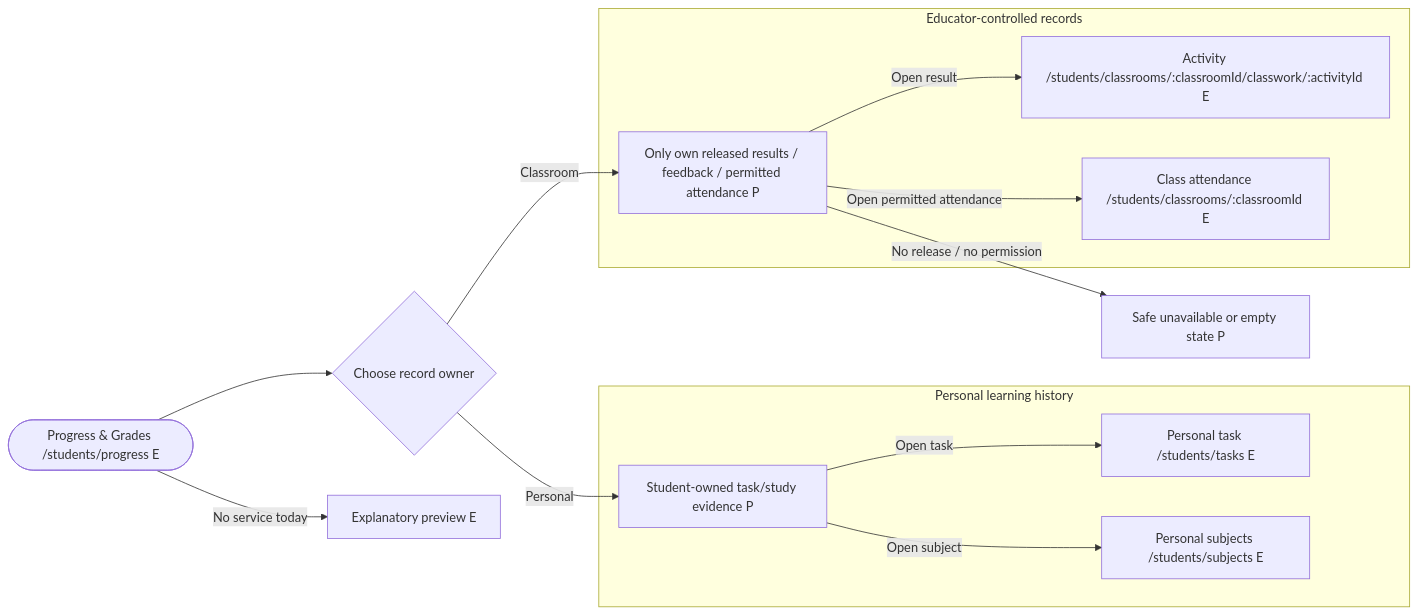
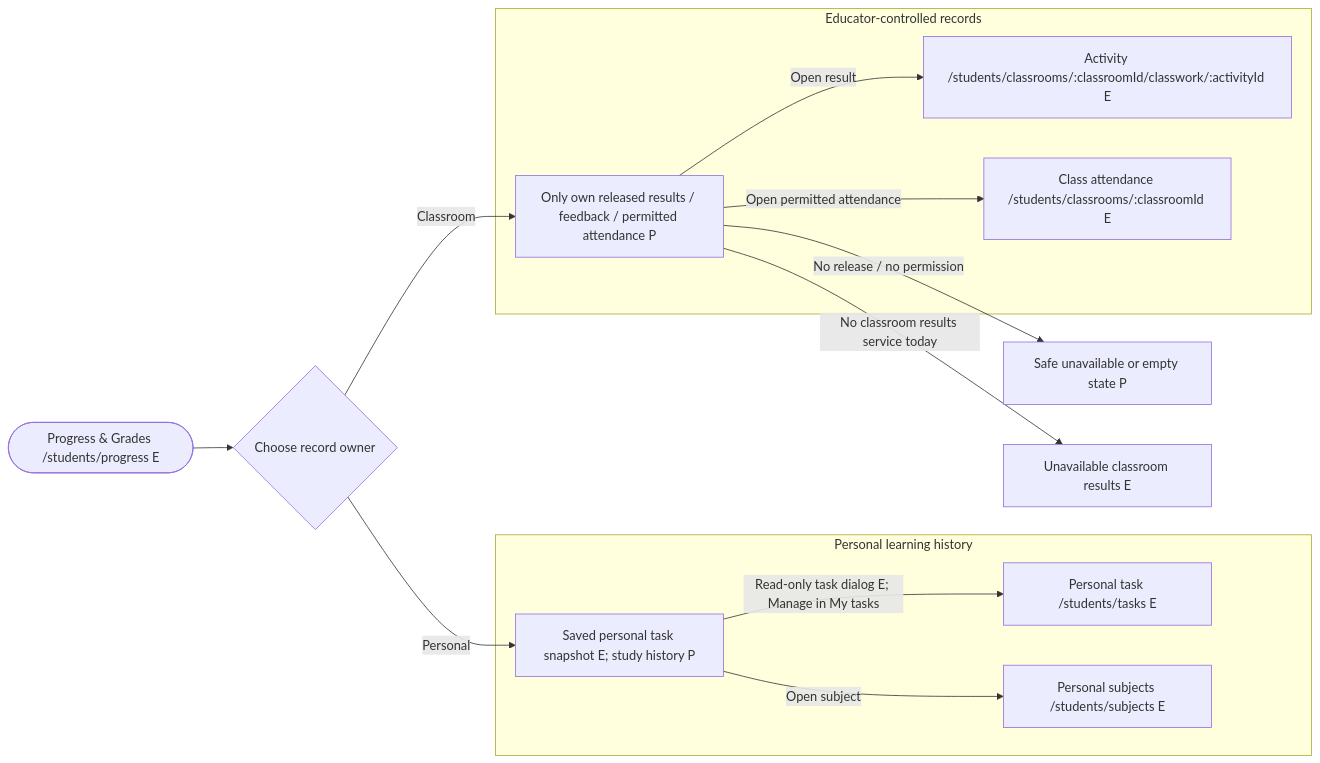
Before and after one commit to devCarlJoseph/owlio-app: diagram 11 of 14 in OWLIO_STUDENT__WORKFLOW_PLAN.md, drawn with Mermaid. The commit also changed other lines of this file and 8 other files, not shown here.

````diff
--- a/OWLIO_STUDENT__WORKFLOW_PLAN.md
+++ b/OWLIO_STUDENT__WORKFLOW_PLAN.md
@@ -631,22 +632,22 @@
 ```mermaid
 flowchart LR
   P(["Progress & Grades /students/progress E"]) --> SCOPE{"Choose record owner"}
   subgraph PERSONAL["Personal learning history"]
-    OWN["Student-owned task/study evidence P"]
+    OWN["Saved personal task snapshot E; study history P"]
     TASK["Personal task /students/tasks E"]
     SUB["Personal subjects /students/subjects E"]
-    OWN -->|"Open task"| TASK
+    OWN -->|"Read-only task dialog E; Manage in My tasks"| TASK
     OWN -->|"Open subject"| SUB
   end
   subgraph OFFICIAL["Educator-controlled records"]
     OFF["Only own released results / feedback / permitted attendance P"]
     ACT["Activity /students/classrooms/:classroomId/classwork/:activityId E"]
     CL["Class attendance /students/classrooms/:classroomId E"]
     OFF -->|"Open result"| ACT
     OFF -->|"Open permitted attendance"| CL
   end
   SCOPE -->|"Personal"| OWN
   SCOPE -->|"Classroom"| OFF
   OFF -->|"No release / no permission"| EMPTY["Safe unavailable or empty state P"]
-  P -->|"No service today"| PREVIEW["Explanatory preview E"]
+  OFF -->|"No classroom results service today"| PREVIEW["Unavailable classroom results E"]
 ```
````
